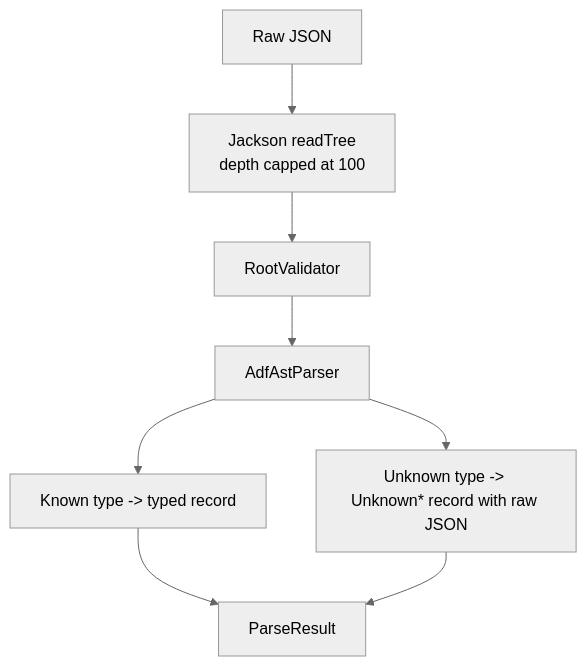
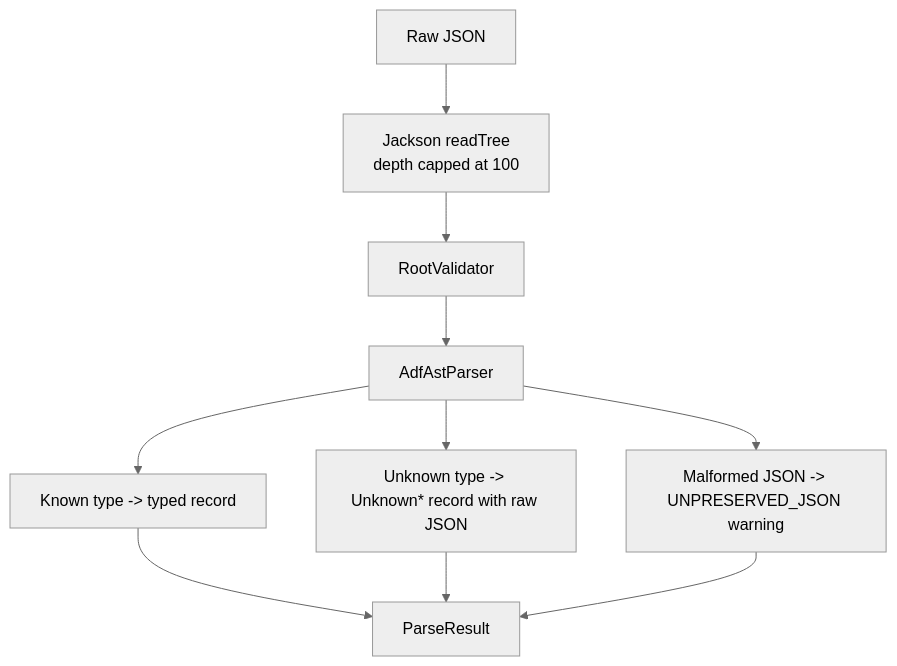
Before and after one commit to thiagogcm/adf4j: the third of 3 diagrams in docs/architecture.md, drawn with Mermaid (neutral theme). The commit also changed other lines of this file and 144 other files, not shown here.

First line of the commit message:
refactor(ast)!: make the AST lossless and add AdfJson

````diff
--- a/docs/architecture.md
+++ b/docs/architecture.md
@@ -96,10 +96,12 @@
 ```mermaid
 flowchart TB
     raw["Raw JSON"] --> read["Jackson readTree<br/>depth capped at 100"]
     read --> validate["RootValidator"]
     validate --> ast["AdfAstParser"]
     ast --> known["Known type -> typed record"]
     ast --> unknown["Unknown type -> Unknown* record with raw JSON"]
+    ast --> unpreserved["Malformed JSON -> UNPRESERVED_JSON warning"]
     known --> result["ParseResult"]
     unknown --> result
+    unpreserved --> result
 ```
````
